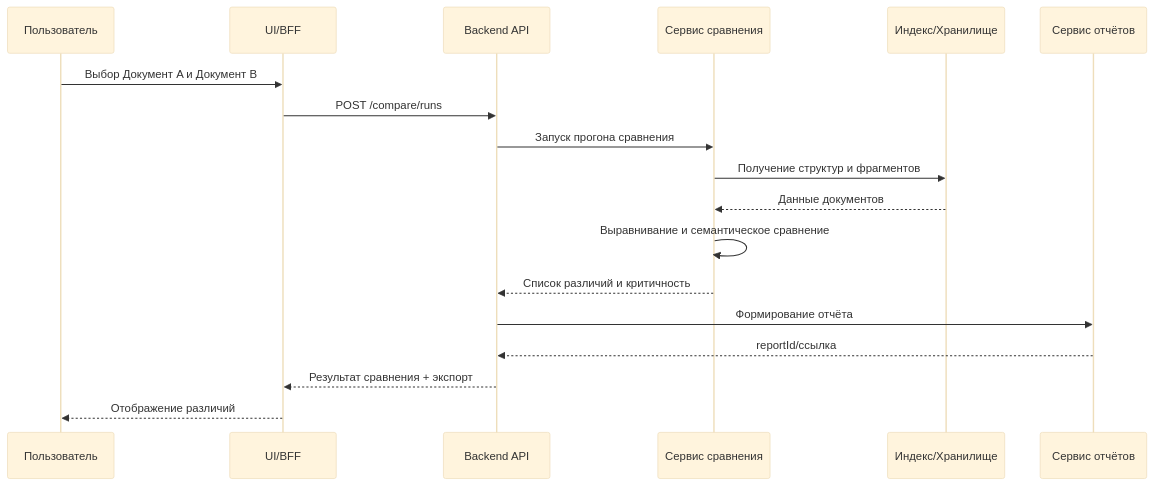
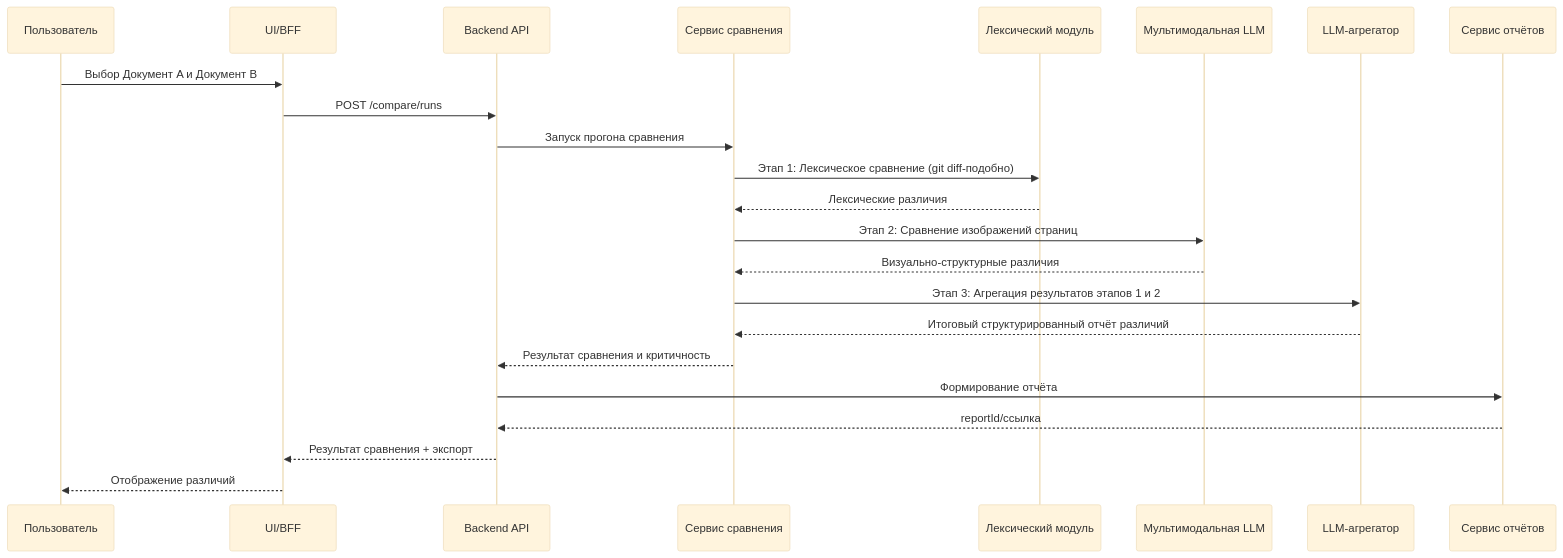
Diagram 16 of 19 in TZ/1.Пояснительная записка к техническому проекту.md (Trump68/infra), drawn with Mermaid (base theme) before and after one commit. The commit also changed other lines of this file and 1 other file, not shown here.

````diff
--- a/TZ/1.Пояснительная записка к техническому проекту.md
+++ b/TZ/1.Пояснительная записка к техническому проекту.md
@@ -2233,21 +2253,26 @@
 ```mermaid
 sequenceDiagram
   participant U as Пользователь
   participant UI as UI/BFF
   participant API as Backend API
   participant CMP as Сервис сравнения
-  participant IDX as Индекс/Хранилище
+  participant TXT as Лексический модуль
+  participant VLM as Мультимодальная LLM
+  participant LLM as LLM-агрегатор
   participant REP as Сервис отчётов
 
   U->>UI: Выбор Документ A и Документ B
   UI->>API: POST /compare/runs
   API->>CMP: Запуск прогона сравнения
-  CMP->>IDX: Получение структур и фрагментов
-  IDX-->>CMP: Данные документов
-  CMP->>CMP: Выравнивание и семантическое сравнение
-  CMP-->>API: Список различий и критичность
+  CMP->>TXT: Этап 1: Лексическое сравнение (git diff-подобно)
+  TXT-->>CMP: Лексические различия
+  CMP->>VLM: Этап 2: Сравнение изображений страниц
+  VLM-->>CMP: Визуально-структурные различия
+  CMP->>LLM: Этап 3: Агрегация результатов этапов 1 и 2
+  LLM-->>CMP: Итоговый структурированный отчёт различий
+  CMP-->>API: Результат сравнения и критичность
   API->>REP: Формирование отчёта
   REP-->>API: reportId/ссылка
   API-->>UI: Результат сравнения + экспорт
   UI-->>U: Отображение различий
 ```
````
